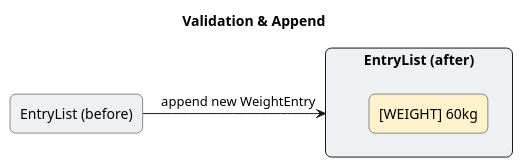
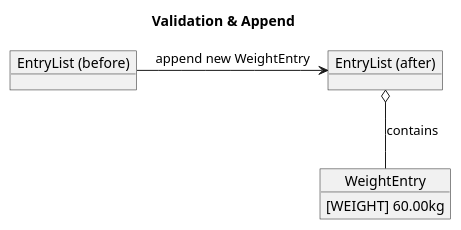
One commit to Ibrashoukry/tp changed the diagram in docs/diagrams/AddWeight_ValidationAndAppend.puml. Above: the diagram before and after it, drawn with PlantUML. The commit also changed 4 other files, not shown here.

Commit message:
(#180) Changed validation & append diagram

```diff
--- a/docs/diagrams/AddWeight_ValidationAndAppend.puml
+++ b/docs/diagrams/AddWeight_ValidationAndAppend.puml
@@ -1,18 +1,25 @@
-@startuml
+@startuml ValidationAppendWeight
 title Validation & Append
 
-skinparam shadowing false
-skinparam defaultFontName Arial
-skinparam rectangle {
-  RoundCorner 12
-  FontSize 14
+skinparam component {
+  BorderColor black
+  BackgroundColor white
+  FontSize 12
 }
 
-rectangle "EntryList (before)" as BEFORE #EEF1F4
-
-rectangle "EntryList (after)" as AFTER #EEF1F4 {
-  rectangle "[WEIGHT] 60kg" as ITEM #FFF2CC
+' Define the object instances
+object "EntryList (before)" as EL_B
+object "EntryList (after)" as EL_A {
+}
+object "WeightEntry" as ME {
+  [WEIGHT] 60.00kg
 }
 
-BEFORE -right-> AFTER : append new WeightEntry
+' 1. Show the action (Append)
+EL_B -right-> EL_A : append new WeightEntry
+
+' 2. Show the containment/link relationship
+'    The EntryList (after) contains the new WeightEntry
+EL_A o-- ME : contains
+
 @enduml
```
